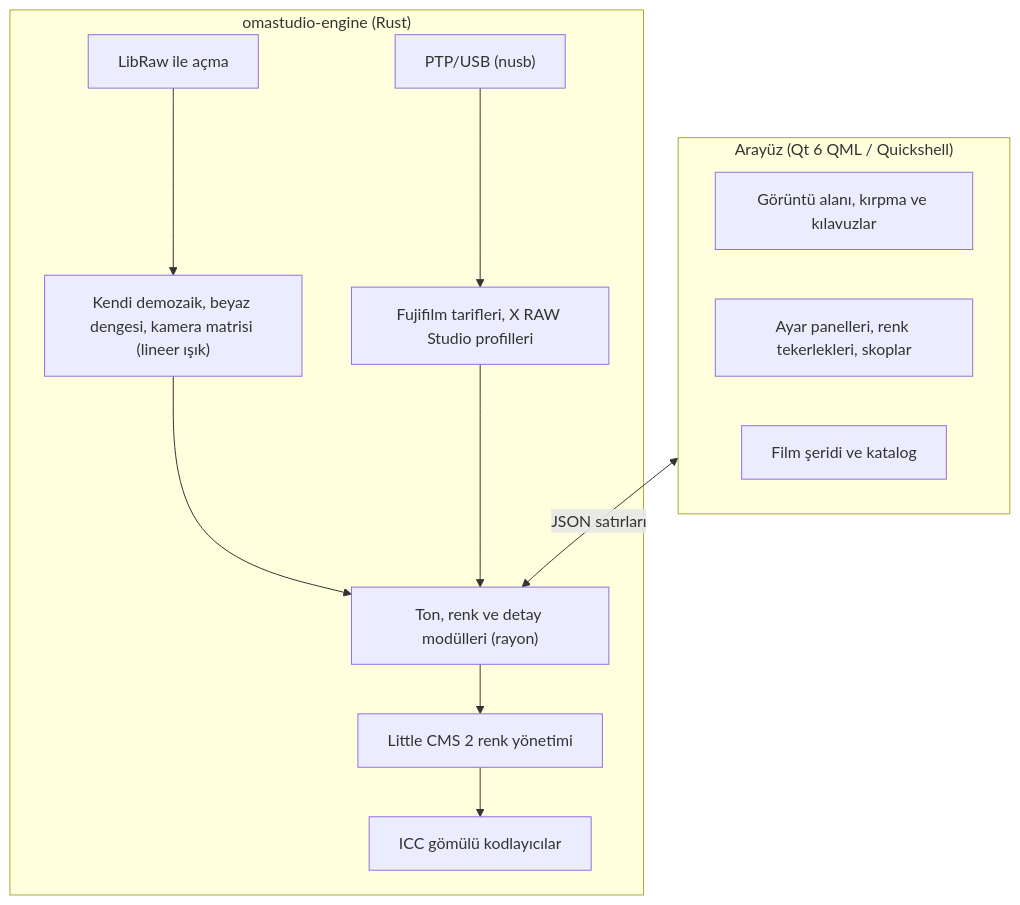
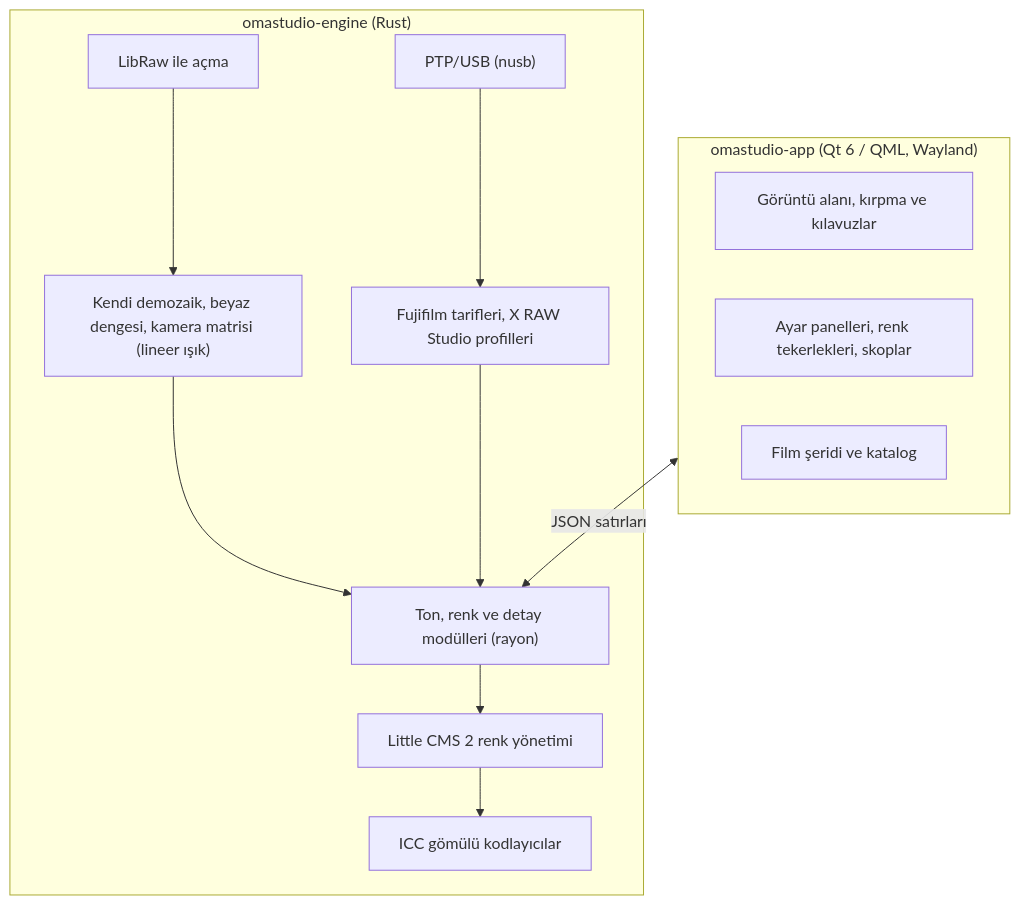
One commit to ozdil/omarchy-omastudio changed the diagram in README.tr.md. Above: the diagram before and after it, drawn with Mermaid. The commit also changed other lines of this file and 80 other files, not shown here.

First line of the commit message:
Faz 3b: standalone Qt 6 application (omastudio-app, cxx-qt)

````diff
--- a/README.tr.md
+++ b/README.tr.md
@@ -39,23 +41,23 @@
 ```mermaid
 graph TD
-    subgraph UI ["Arayüz (Qt 6 QML / Quickshell)"]
+    subgraph UI ["omastudio-app (Qt 6 / QML, Wayland)"]
         Viewport["Görüntü alanı, kırpma ve kılavuzlar"]
         Panels["Ayar panelleri, renk tekerlekleri, skoplar"]
         Library["Film şeridi ve katalog"]
     end
 
     subgraph Engine ["omastudio-engine (Rust)"]
         Decode["LibRaw ile açma"]
         Develop["Kendi demozaik, beyaz dengesi, kamera matrisi (lineer ışık)"]
         Pipeline["Ton, renk ve detay modülleri (rayon)"]
         ICC["Little CMS 2 renk yönetimi"]
         Fuji["Fujifilm tarifleri, X RAW Studio profilleri"]
         PTP["PTP/USB (nusb)"]
         Export["ICC gömülü kodlayıcılar"]
     end
 
     UI <-->|JSON satırları| Pipeline
     Decode --> Develop --> Pipeline --> ICC --> Export
     Fuji --> Pipeline
     PTP --> Fuji
 ```
````
